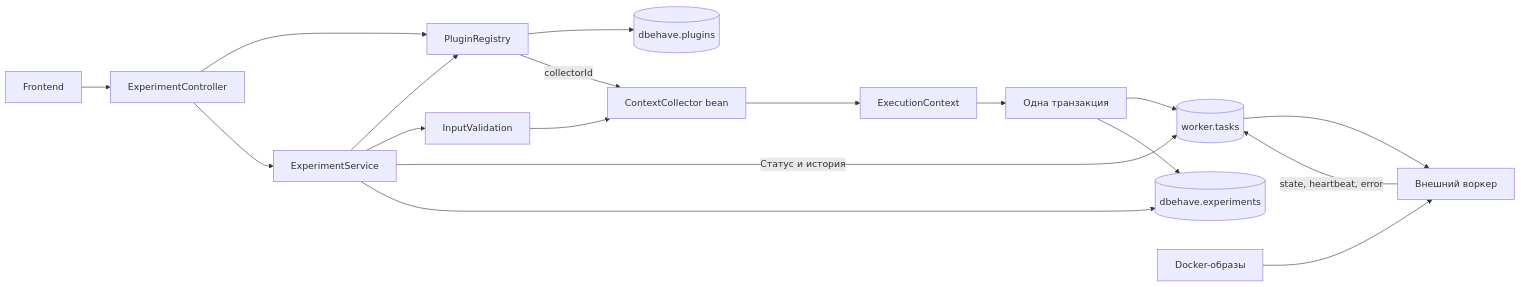
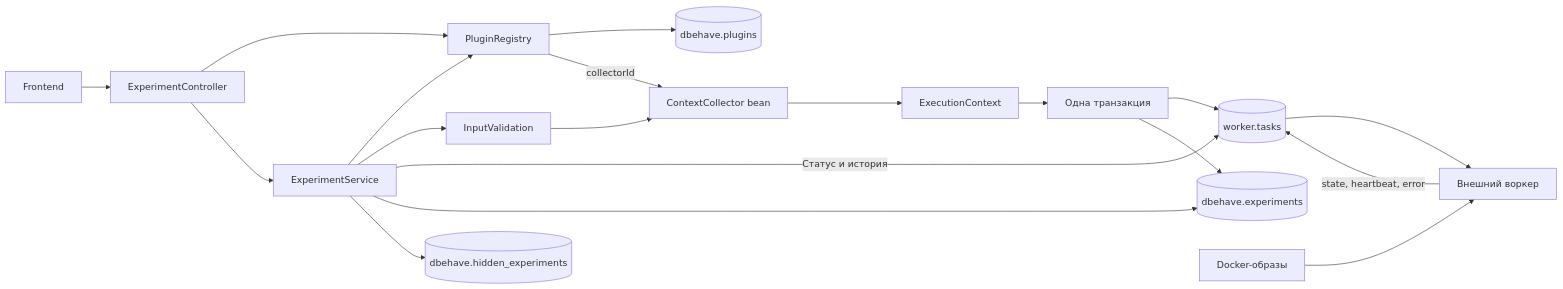
The diagram in docs/architecture.md (plmlkff/DBehave), drawn with Mermaid before and after one commit. The commit also changed other lines of this file and 27 other files, not shown here.

````diff
--- a/docs/architecture.md
+++ b/docs/architecture.md
@@ -5,20 +5,21 @@
 ```mermaid
 flowchart LR
     UI["Frontend"] --> API["ExperimentController"]
     API --> Registry["PluginRegistry"]
     Registry --> Catalog[("dbehave.plugins")]
     API --> Service["ExperimentService"]
     Service --> Registry
     Registry -->|"collectorId"| Collector
     Service --> Validation["InputValidation"]
     Validation --> Collector["ContextCollector bean"]
     Collector --> Context["ExecutionContext"]
     Context --> Transaction["Одна транзакция"]
     Transaction --> Tasks[("worker.tasks")]
     Transaction --> History[("dbehave.experiments")]
     Tasks --> Worker["Внешний воркер"]
     Worker -->|"state, heartbeat, error"| Tasks
     Images["Docker-образы"] --> Worker
     Service -->|"Статус и история"| Tasks
     Service --> History
+    Service --> Hidden[("dbehave.hidden_experiments")]
 ```
````
